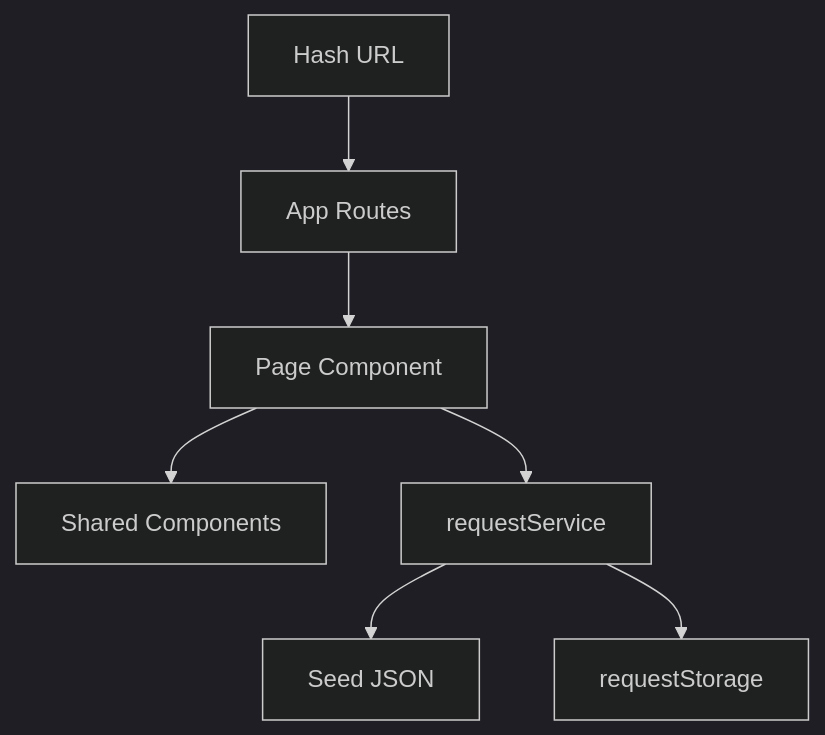
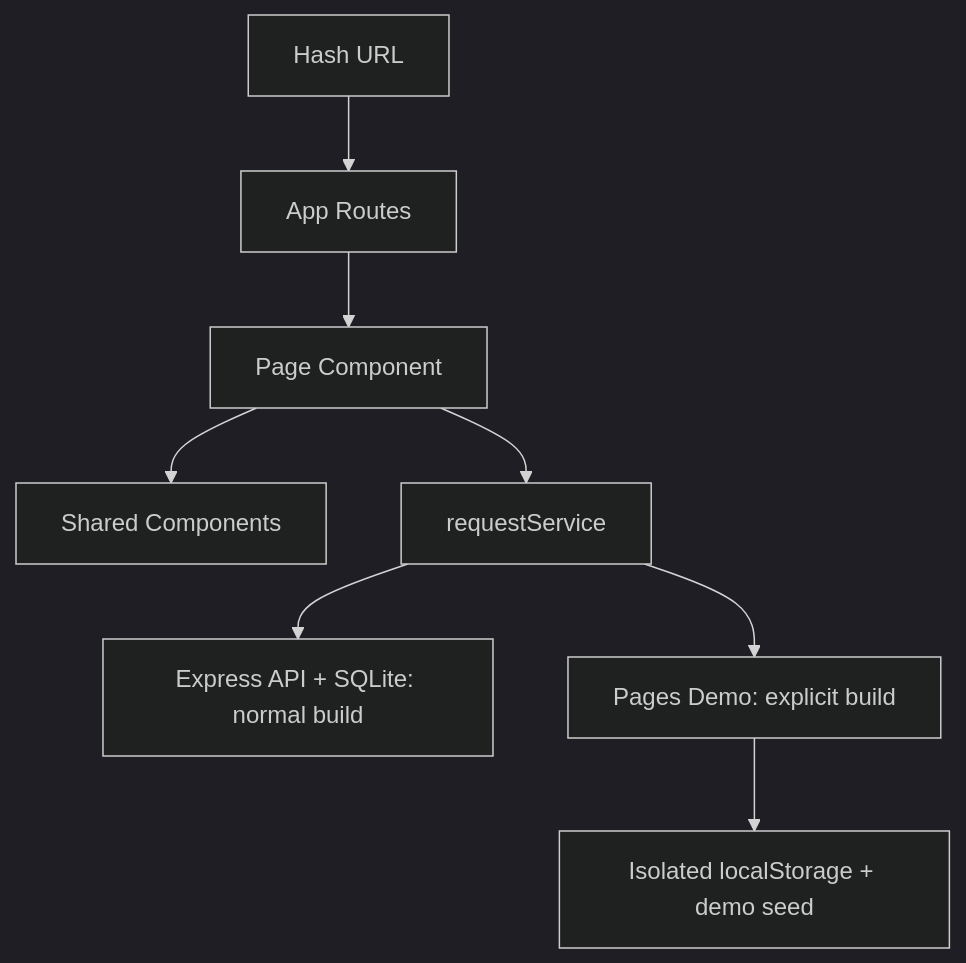
The diagram in labs/week-10/source/frontend/README.md (Burapa2025/engse203-student-labs-68543210032-7), drawn with Mermaid (dark theme) before and after one commit. The commit also changed other lines of this file and 20 other files, not shown here.

````diff
--- a/labs/week-10/source/frontend/README.md
+++ b/labs/week-10/source/frontend/README.md
@@ -17,9 +33,10 @@
 ```mermaid
 flowchart TD
   URL[Hash URL] --> Routes[App Routes]
   Routes --> Page[Page Component]
   Page --> UI[Shared Components]
   Page --> Service[requestService]
-  Service --> Seed[Seed JSON]
-  Service --> Storage[requestStorage]
+  Service --> API[Express API + SQLite: normal build]
+  Service --> Demo[Pages Demo: explicit build]
+  Demo --> Storage[Isolated localStorage + demo seed]
 ```
````
